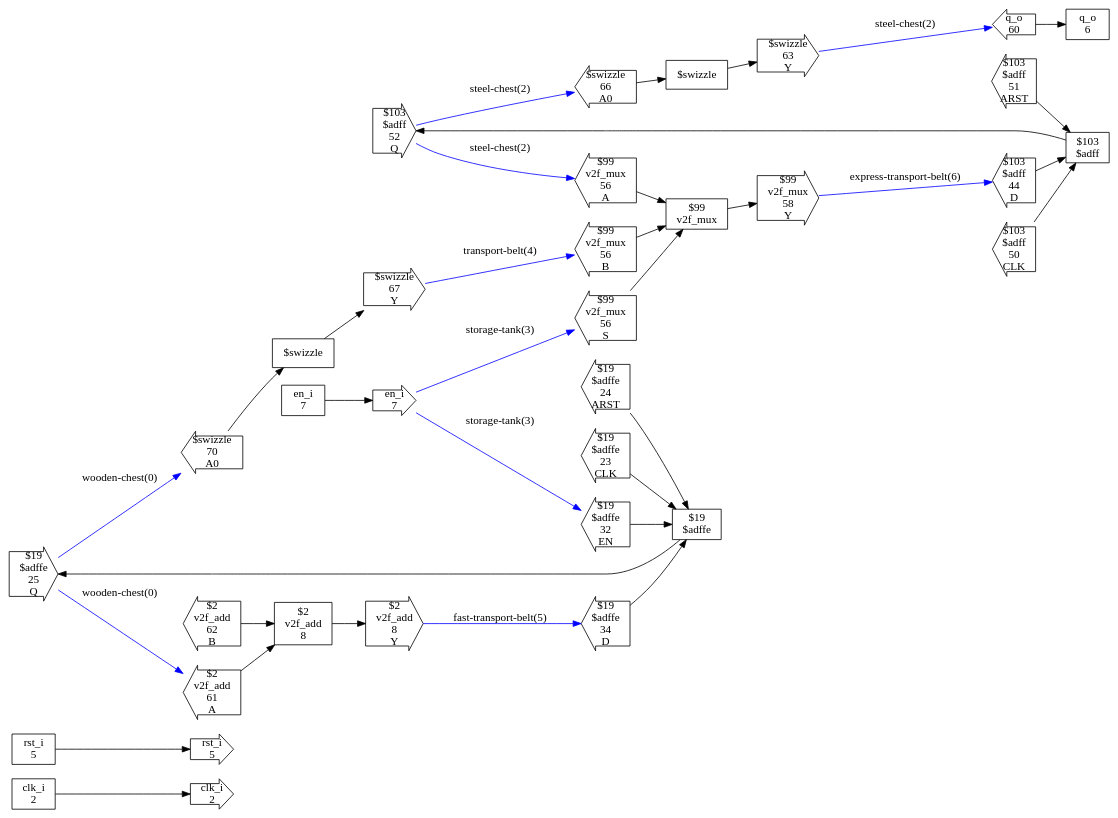
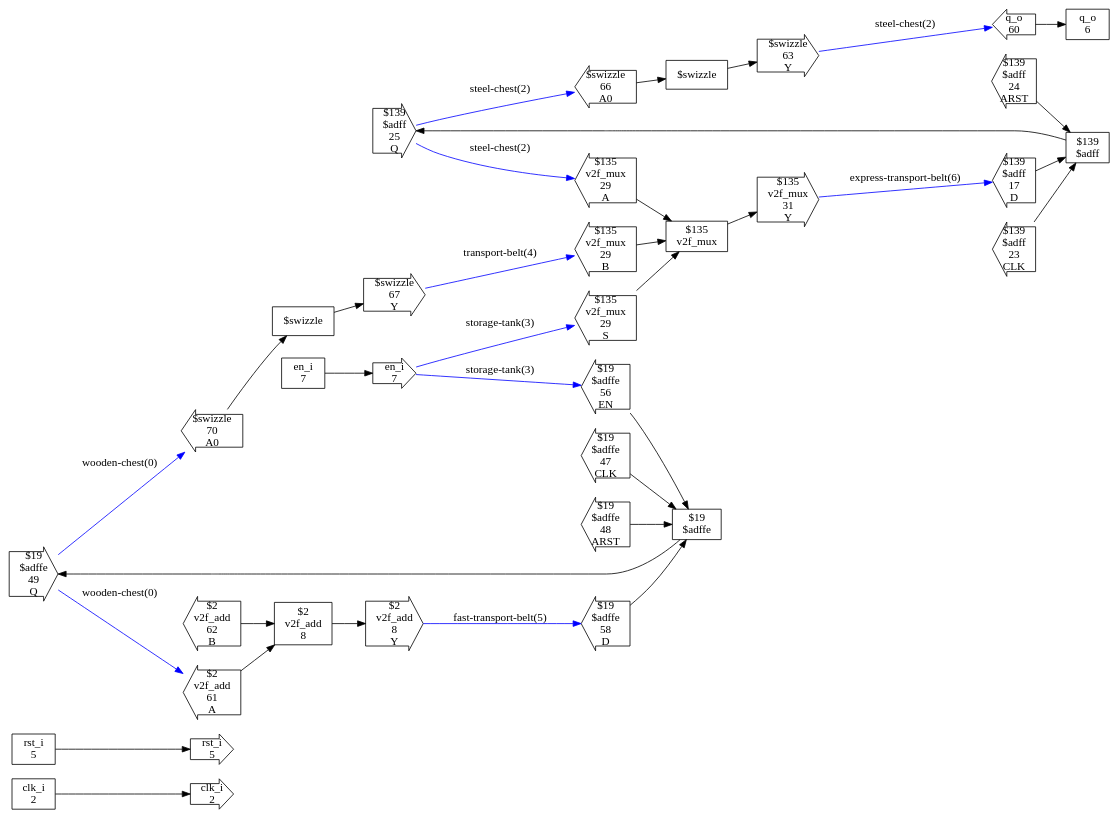
The diagram in test_designs/counter32_pt2/checked_design.dot (ben-j-c/verilog2factorio), drawn with Graphviz before and after one commit. The commit also changed 72 other files, not shown here.

```diff
--- a/test_designs/counter32_pt2/checked_design.dot
+++ b/test_designs/counter32_pt2/checked_design.dot
@@ -1,140 +1,140 @@
 digraph CheckedDesign {
   rankdir=LR
   n0[shape=box,label="clk_i
 2"]
   n1[shape=box,label="rst_i
 5"]
   n2[shape=box,label="q_o
 6"]
   n3[shape=box,label="en_i
 7"]
   n4[shape=box,label="$2
 v2f_add
 8"]
-  n5[shape=box,label="$19
+  n5[shape=box,label="$139
+$adff"]
+  n6[shape=box,label="$135
+v2f_mux"]
+  n7[shape=box,label="$19
 $adffe"]
-  n6[shape=box,label="$103
-$adff"]
-  n7[shape=box,label="$99
-v2f_mux"]
   n8[shape=rarrow,label="clk_i
 2"]
   n9[shape=rarrow,label="rst_i
 5"]
   n10[shape=larrow,label="q_o
 60"]
   n11[shape=rarrow,label="en_i
 7"]
   n12[shape=larrow,label="$2
 v2f_add
 61
 A"]
   n13[shape=larrow,label="$2
 v2f_add
 62
 B"]
   n14[shape=rarrow,label="$2
 v2f_add
 8
 Y"]
-  n15[shape=larrow,label="$19
-$adffe
-34
+  n15[shape=larrow,label="$139
+$adff
+17
 D"]
-  n16[shape=larrow,label="$19
-$adffe
+  n16[shape=larrow,label="$139
+$adff
 23
 CLK"]
-  n17[shape=larrow,label="$19
-$adffe
-32
-EN"]
-  n18[shape=larrow,label="$19
-$adffe
+  n17[shape=larrow,label="$139
+$adff
 24
 ARST"]
-  n19[shape=rarrow,label="$19
-$adffe
+  n18[shape=rarrow,label="$139
+$adff
 25
 Q"]
-  n20[shape=larrow,label="$103
-$adff
-44
+  n19[shape=larrow,label="$135
+v2f_mux
+29
+A"]
+  n20[shape=larrow,label="$135
+v2f_mux
+29
+B"]
+  n21[shape=larrow,label="$135
+v2f_mux
+29
+S"]
+  n22[shape=rarrow,label="$135
+v2f_mux
+31
+Y"]
+  n23[shape=larrow,label="$19
+$adffe
+58
 D"]
-  n21[shape=larrow,label="$103
-$adff
-50
+  n24[shape=larrow,label="$19
+$adffe
+47
 CLK"]
-  n22[shape=larrow,label="$103
-$adff
-51
+  n25[shape=larrow,label="$19
+$adffe
+56
+EN"]
+  n26[shape=larrow,label="$19
+$adffe
+48
 ARST"]
-  n23[shape=rarrow,label="$103
-$adff
-52
+  n27[shape=rarrow,label="$19
+$adffe
+49
 Q"]
-  n24[shape=larrow,label="$99
-v2f_mux
-56
-A"]
-  n25[shape=larrow,label="$99
-v2f_mux
-56
-B"]
-  n26[shape=larrow,label="$99
-v2f_mux
-56
-S"]
-  n27[shape=rarrow,label="$99
-v2f_mux
-58
-Y"]
   n28[shape=box,label="$swizzle"]
   n29[shape=rarrow,label="$swizzle
 63
 Y"]
   n30[shape=larrow,label="$swizzle
 66
 A0"]
   n33[shape=box,label="$swizzle"]
   n34[shape=rarrow,label="$swizzle
 67
 Y"]
   n35[shape=larrow,label="$swizzle
 70
 A0"]
   n0 -> n8
   n1 -> n9
   n3 -> n11
   n4 -> n14
-  n5 -> n19
-  n6 -> n23
+  n5 -> n18
+  n6 -> n22
   n7 -> n27
   n10 -> n2
-  n11 -> n17 [label="storage-tank(3)",syle=bold,color=blue]
-  n11 -> n26 [label="storage-tank(3)",syle=bold,color=blue]
+  n11 -> n21 [label="storage-tank(3)",syle=bold,color=blue]
+  n11 -> n25 [label="storage-tank(3)",syle=bold,color=blue]
   n12 -> n4
   n13 -> n4
-  n14 -> n15 [label="fast-transport-belt(5)",syle=bold,color=blue]
+  n14 -> n23 [label="fast-transport-belt(5)",syle=bold,color=blue]
   n15 -> n5
   n16 -> n5
   n17 -> n5
-  n18 -> n5
-  n19 -> n12 [label="wooden-chest(0)",syle=bold,color=blue]
-  n19 -> n35 [label="wooden-chest(0)",syle=bold,color=blue]
+  n18 -> n19 [label="steel-chest(2)",syle=bold,color=blue]
+  n18 -> n30 [label="steel-chest(2)",syle=bold,color=blue]
+  n19 -> n6
   n20 -> n6
   n21 -> n6
-  n22 -> n6
-  n23 -> n24 [label="steel-chest(2)",syle=bold,color=blue]
-  n23 -> n30 [label="steel-chest(2)",syle=bold,color=blue]
+  n22 -> n15 [label="express-transport-belt(6)",syle=bold,color=blue]
+  n23 -> n7
   n24 -> n7
   n25 -> n7
   n26 -> n7
-  n27 -> n20 [label="express-transport-belt(6)",syle=bold,color=blue]
+  n27 -> n12 [label="wooden-chest(0)",syle=bold,color=blue]
+  n27 -> n35 [label="wooden-chest(0)",syle=bold,color=blue]
   n28 -> n29
   n29 -> n10 [label="steel-chest(2)",syle=bold,color=blue]
   n30 -> n28
   n33 -> n34
-  n34 -> n25 [label="transport-belt(4)",syle=bold,color=blue]
+  n34 -> n20 [label="transport-belt(4)",syle=bold,color=blue]
   n35 -> n33
 }
```
